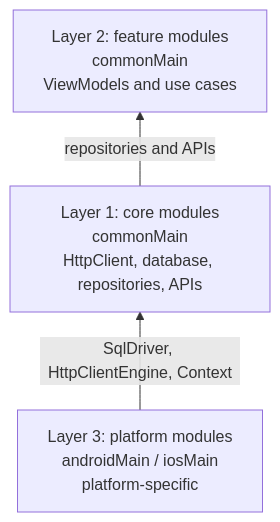
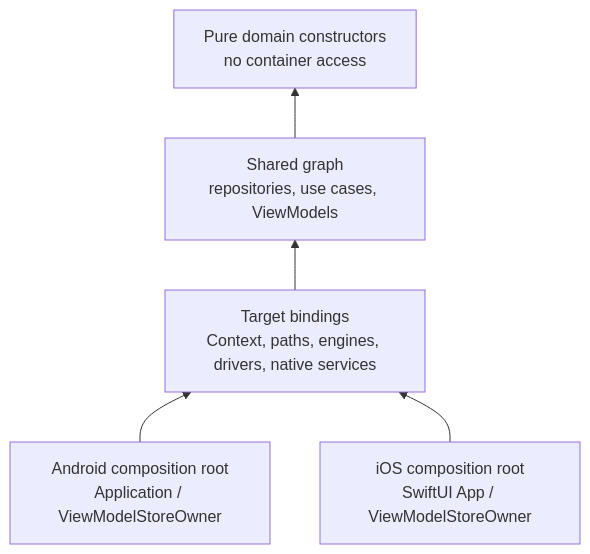
One commit to swarnsingh/android-staff-engineer-playbook-website changed the diagram in android/kotlin-multiplatform/ecosystem/dependency-injection.md. Above: the diagram before and after it, drawn with Mermaid. The commit also changed other lines of this file and 1 other file, not shown here.

````diff
--- a/android/kotlin-multiplatform/ecosystem/dependency-injection.md
+++ b/android/kotlin-multiplatform/ecosystem/dependency-injection.md
@@ -42,8 +24,12 @@
 ```mermaid
 flowchart BT
-    platform["Layer 3: platform modules<br/>androidMain / iosMain<br/>platform-specific"]
-    core["Layer 1: core modules<br/>commonMain<br/>HttpClient, database, repositories, APIs"]
-    feature["Layer 2: feature modules<br/>commonMain<br/>ViewModels and use cases"]
-    platform -->|"SqlDriver, HttpClientEngine, Context"| core
-    core -->|"repositories and APIs"| feature
+    android["Android composition root<br/>Application / ViewModelStoreOwner"]
+    ios["iOS composition root<br/>SwiftUI App / ViewModelStoreOwner"]
+    platform["Target bindings<br/>Context, paths, engines, drivers, native services"]
+    shared["Shared graph<br/>repositories, use cases, ViewModels"]
+    domain["Pure domain constructors<br/>no container access"]
+    android --> platform
+    ios --> platform
+    platform --> shared
+    shared --> domain
 ```
````
